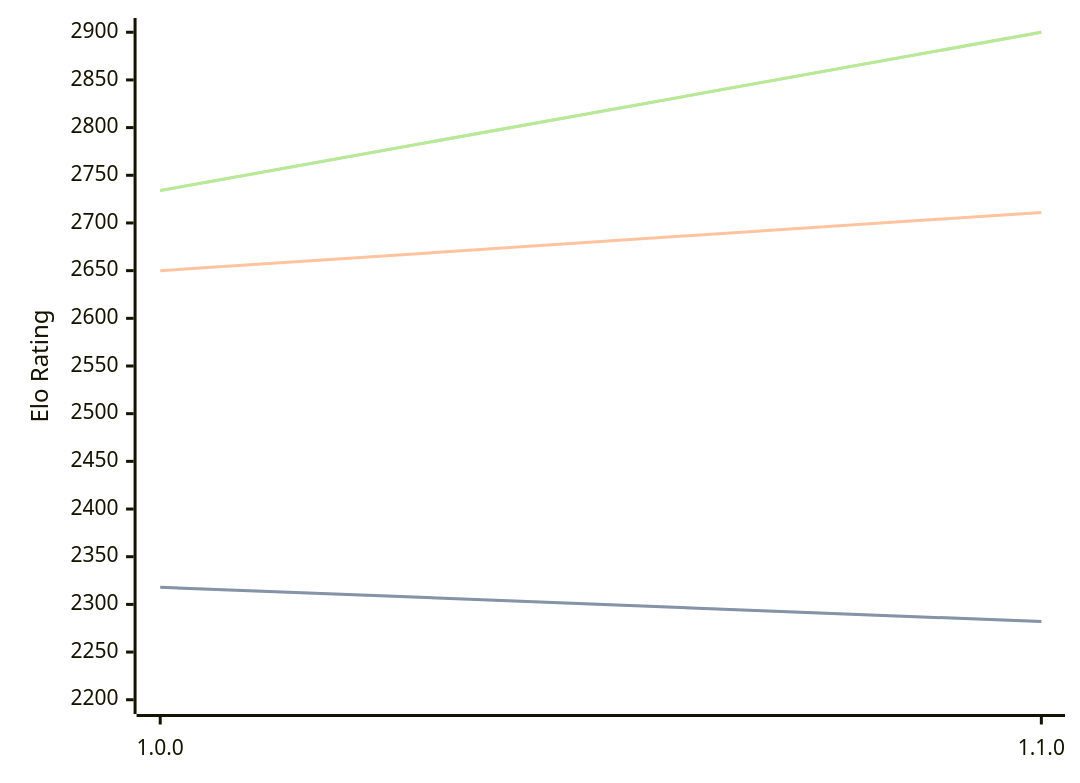
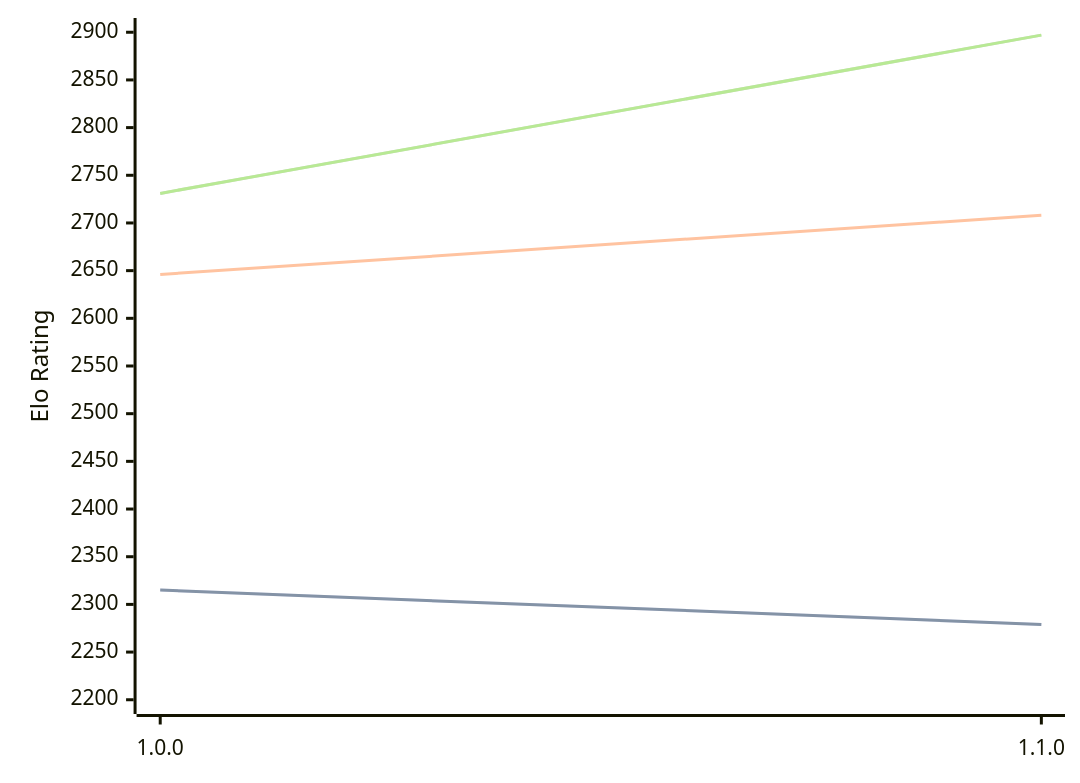
The diagram in engines/ShallowGuess.md (computer-chess-index/cci), drawn with Mermaid before and after one commit. The commit also changed other lines of this file, not shown here.

Commit message:
Update CCI Ratings (ELO VLTC) - 2026-08-12

````diff
--- a/engines/ShallowGuess.md
+++ b/engines/ShallowGuess.md
@@ -32,11 +32,11 @@
 ```mermaid
 %%{init: {"theme":"base","themeVariables":{"seriesColors:['#a3a3a3','#222221','#faa371']}}}%%
 xychart-beta
   x-axis ["1.0.0", "1.1.0"]
   y-axis "Elo Rating" 2200 --> 2900
-  line "STC (8.0+0.08s)" [2318, 2282]
-  line "STC (8.0+0.08s)" [2318, 2282]
-  line "LTC (60.0+0.60s)" [2650, 2711]
-  line "VLTC (2m24s+1.12s)" [2734, 2900]
-  line "VLTC (2m24s+1.12s)" [2734, 2900]
+  line "STC (8.0+0.08s)" [2315, 2279]
+  line "STC (8.0+0.08s)" [2315, 2279]
+  line "LTC (60.0+0.60s)" [2646, 2708]
+  line "VLTC (2m24s+1.12s)" [2731, 2897]
+  line "VLTC (2m24s+1.12s)" [2731, 2897]
 ```
````
